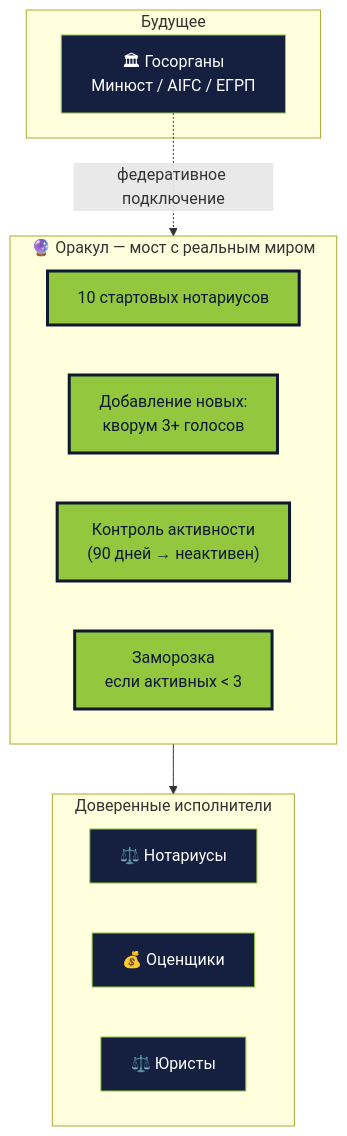
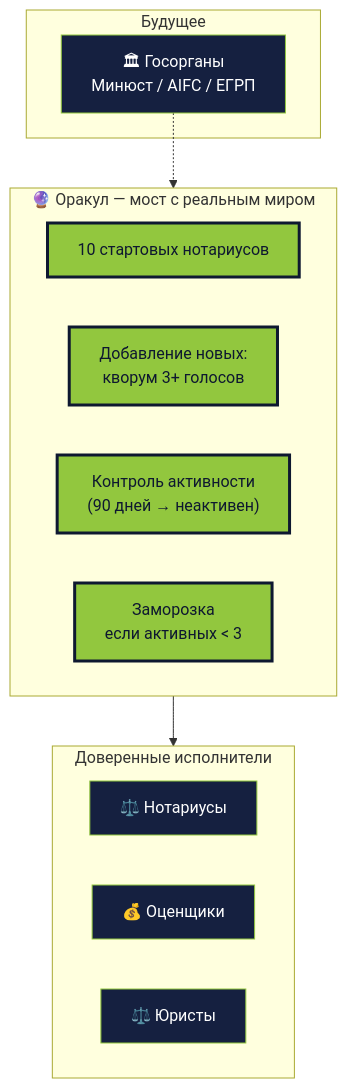
The ninth of 44 diagrams in slides.md (In-Da-Hack-Decentrathon/presentation), drawn with Mermaid before and after one commit. The commit also changed other lines of this file and 1 other file, not shown here.

````diff
--- a/slides.md
+++ b/slides.md
@@ -1329,24 +1329,24 @@
 ```mermaid {scale: 0.45}
 flowchart TB
   subgraph Trusted ["Доверенные исполнители"]
     Notary["⚖️ Нотариусы"]
     Appraiser["💰 Оценщики"]
     Lawyer["⚖️ Юристы"]
   end
   subgraph Oracle ["🔮 Оракул — мост с реальным миром"]
     Genesis["10 стартовых нотариусов"]
     Quorum["Добавление новых:<br/>кворум 3+ голосов"]
     Heartbeat["Контроль активности<br/>(90 дней → неактивен)"]
     Emergency["Заморозка<br/>если активных &lt; 3"]
   end
   subgraph Future ["Будущее"]
     State["🏛 Госорганы<br/>Минюст / AIFC / ЕГРП"]
   end
   Oracle --> Trusted
-  State -.федеративное подключение.-> Oracle
+  State -.-> Oracle
   classDef new fill:#92c73e,stroke:#0e1830,color:#0e1830,stroke-width:3px
   classDef old fill:#152040,stroke:#92c73e,color:#ffffff
   class Notary,Appraiser,Lawyer old
   class Genesis,Quorum,Heartbeat,Emergency new
   class State old
 ```
````
